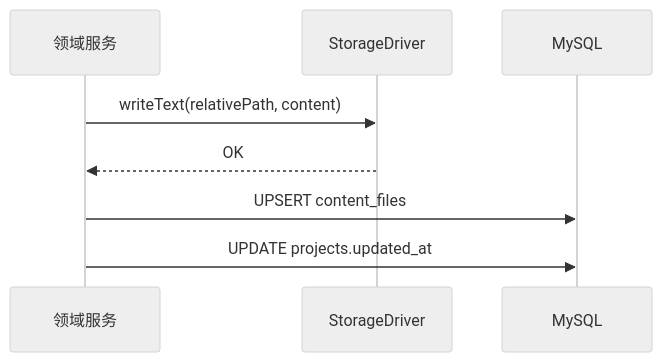
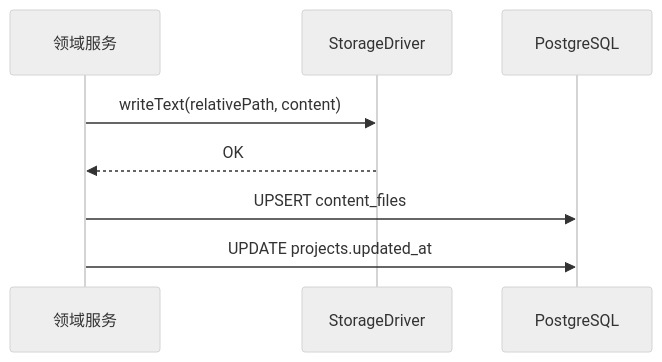
One commit to blue-idea/muoyu changed the second of 2 diagrams in docs/spec/data.md. Above: the diagram before and after it, drawn with Mermaid (neutral theme). The commit also changed other lines of this file and 12 other files, not shown here.

````diff
--- a/docs/spec/data.md
+++ b/docs/spec/data.md
@@ -446,11 +446,11 @@
 ```mermaid
 sequenceDiagram
     participant SVC as 领域服务
     participant ST as StorageDriver
-    participant DB as MySQL
+    participant DB as PostgreSQL
 
     SVC->>ST: writeText(relativePath, content)
     ST-->>SVC: OK
     SVC->>DB: UPSERT content_files
     SVC->>DB: UPDATE projects.updated_at
 ```
````
